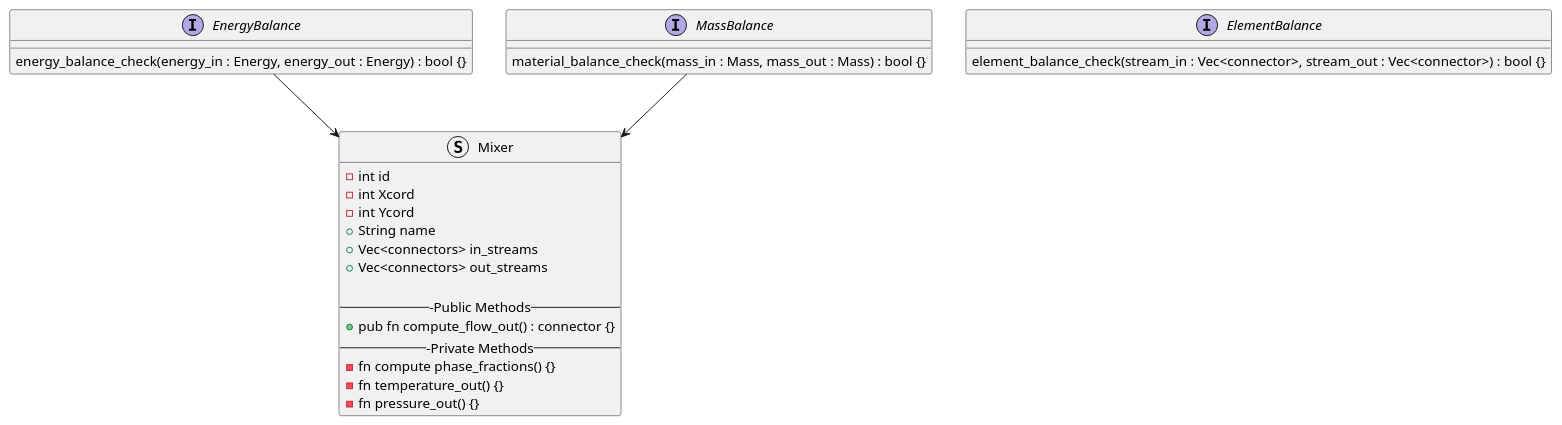
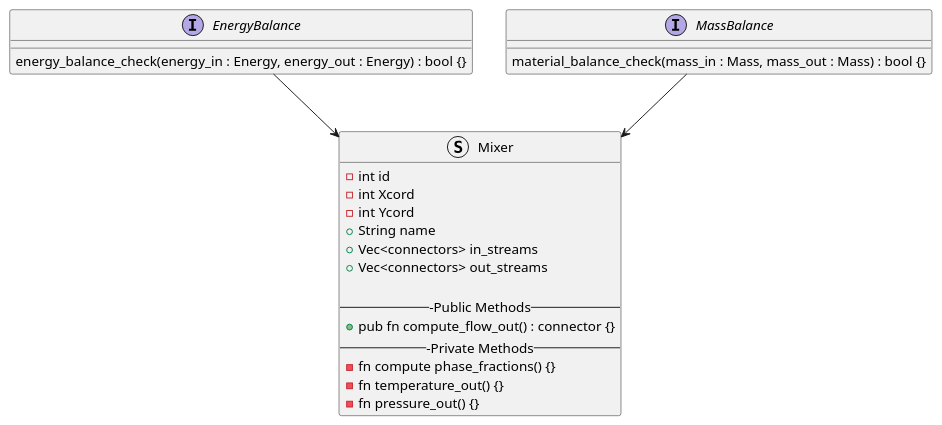
The diagram in blocks-module/blocks-module.puml (OSCPS-Project/OSCPS-UML), drawn with PlantUML before and after one commit. The commit also changed 1 other file, not shown here.

Commit message:
removing ElementBalance from uml diagram as it isn't necessary

```diff
--- a/blocks-module/blocks-module.puml
+++ b/blocks-module/blocks-module.puml
@@ -1,40 +1,32 @@
 @startuml Blocks_Module_Class_Diagram
 
 Interface EnergyBalance {
   energy_balance_check(energy_in : Energy, energy_out : Energy) : bool {} 
 }
 
 Interface MassBalance {
   material_balance_check(mass_in : Mass, mass_out : Mass) : bool {}  
 }
-
-
-Interface ElementBalance {
-  element_balance_check(stream_in : Vec<connector>, stream_out : Vec<connector>) : bool {}
-}
-
-
-
 
 
 Struct Mixer {
   - int id
   - int Xcord
   - int Ycord
   + String name
   + Vec<connectors> in_streams
   + Vec<connectors> out_streams
 
   ---Public Methods--
   + pub fn compute_flow_out() : connector {}
   ---Private Methods--
   - fn compute phase_fractions() {}
   - fn temperature_out() {}
   - fn pressure_out() {} 
 }
 
 EnergyBalance --> Mixer
 MassBalance --> Mixer
 
 
 @enduml
```
